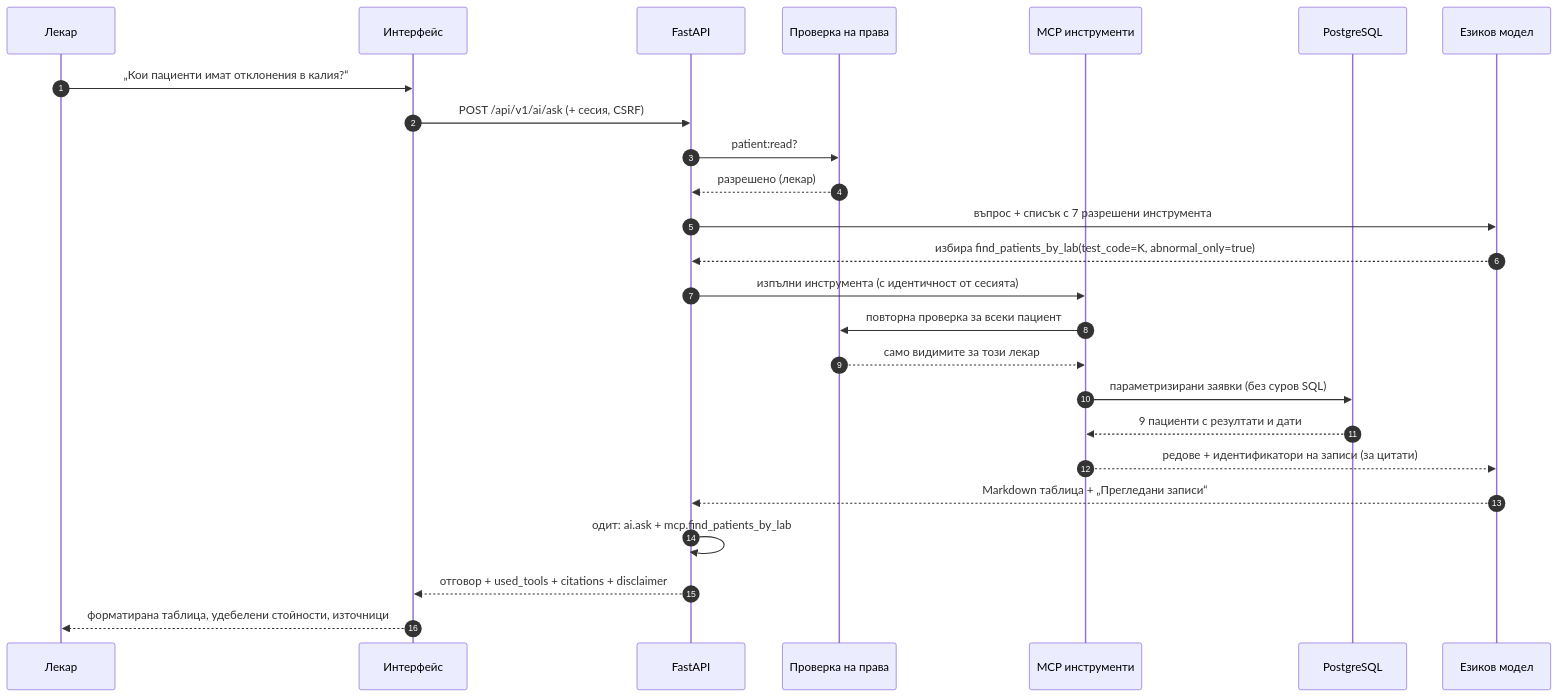
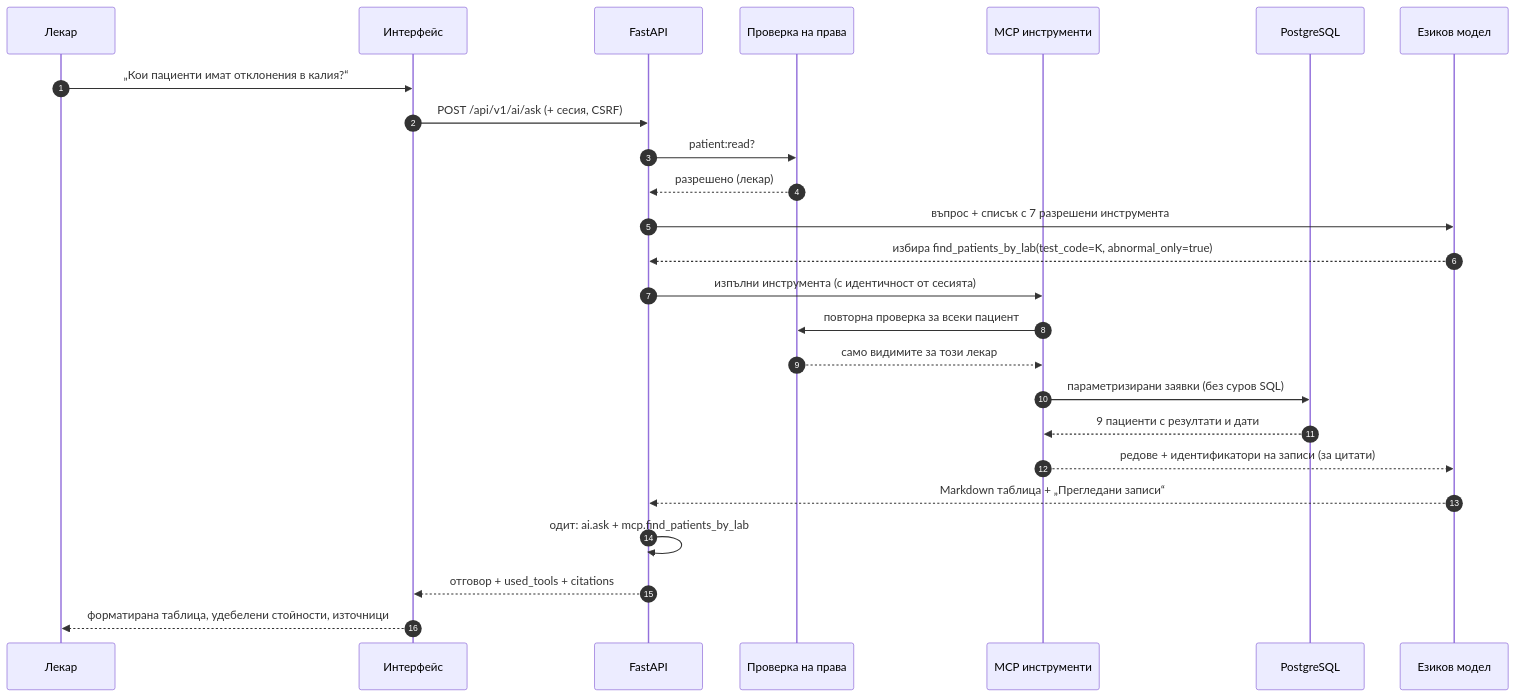
One commit to Kalsito1017/MedicalPlatform changed the second of 2 diagrams in docs/CONCEPT.md. Above: the diagram before and after it, drawn with Mermaid. The commit also changed other lines of this file and 153 other files, not shown here.

````diff
--- a/docs/CONCEPT.md
+++ b/docs/CONCEPT.md
@@ -138,28 +138,28 @@
 ```mermaid
 sequenceDiagram
     autonumber
     participant L as Лекар
     participant U as Интерфейс
     participant A as FastAPI
     participant S as Проверка на права
     participant M as MCP инструменти
     participant D as PostgreSQL
     participant G as Езиков модел
 
     L->>U: „Кои пациенти имат отклонения в калия?“
     U->>A: POST /api/v1/ai/ask (+ сесия, CSRF)
     A->>S: patient:read?
     S-->>A: разрешено (лекар)
     A->>G: въпрос + списък с 7 разрешени инструмента
     G-->>A: избира find_patients_by_lab(test_code=K, abnormal_only=true)
     A->>M: изпълни инструмента (с идентичност от сесията)
     M->>S: повторна проверка за всеки пациент
     S-->>M: само видимите за този лекар
     M->>D: параметризирани заявки (без суров SQL)
     D-->>M: 9 пациенти с резултати и дати
     M-->>G: редове + идентификатори на записи (за цитати)
     G-->>A: Markdown таблица + „Прегледани записи“
     A->>A: одит: ai.ask + mcp.find_patients_by_lab
-    A-->>U: отговор + used_tools + citations + disclaimer
+    A-->>U: отговор + used_tools + citations
     U-->>L: форматирана таблица, удебелени стойности, източници
 ```
````
